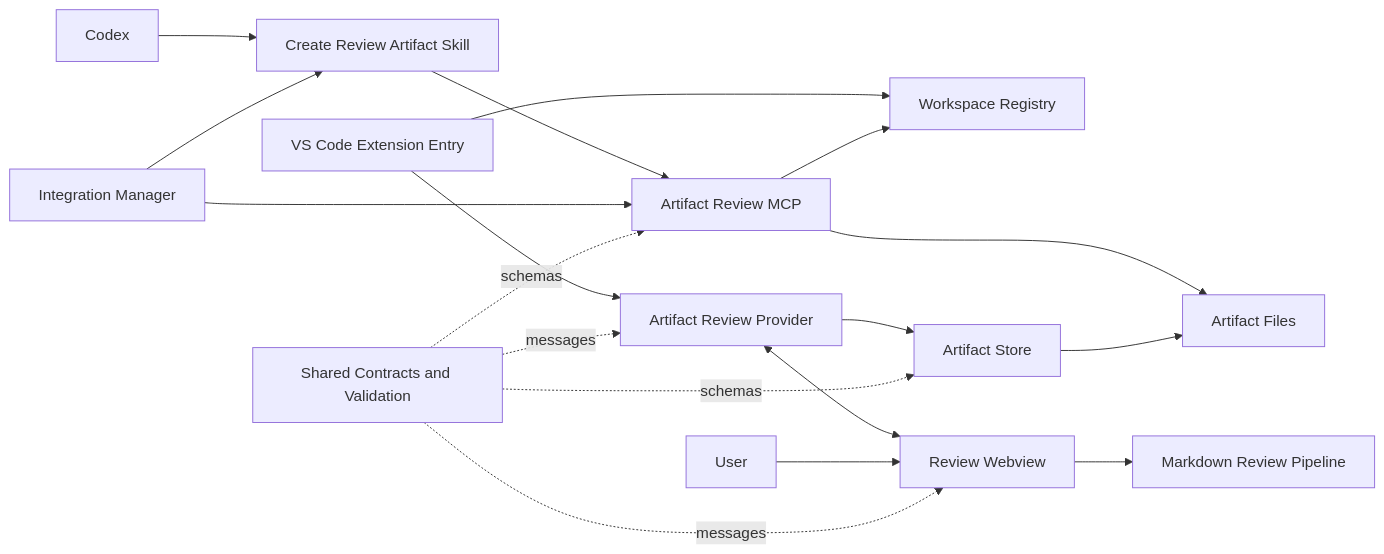
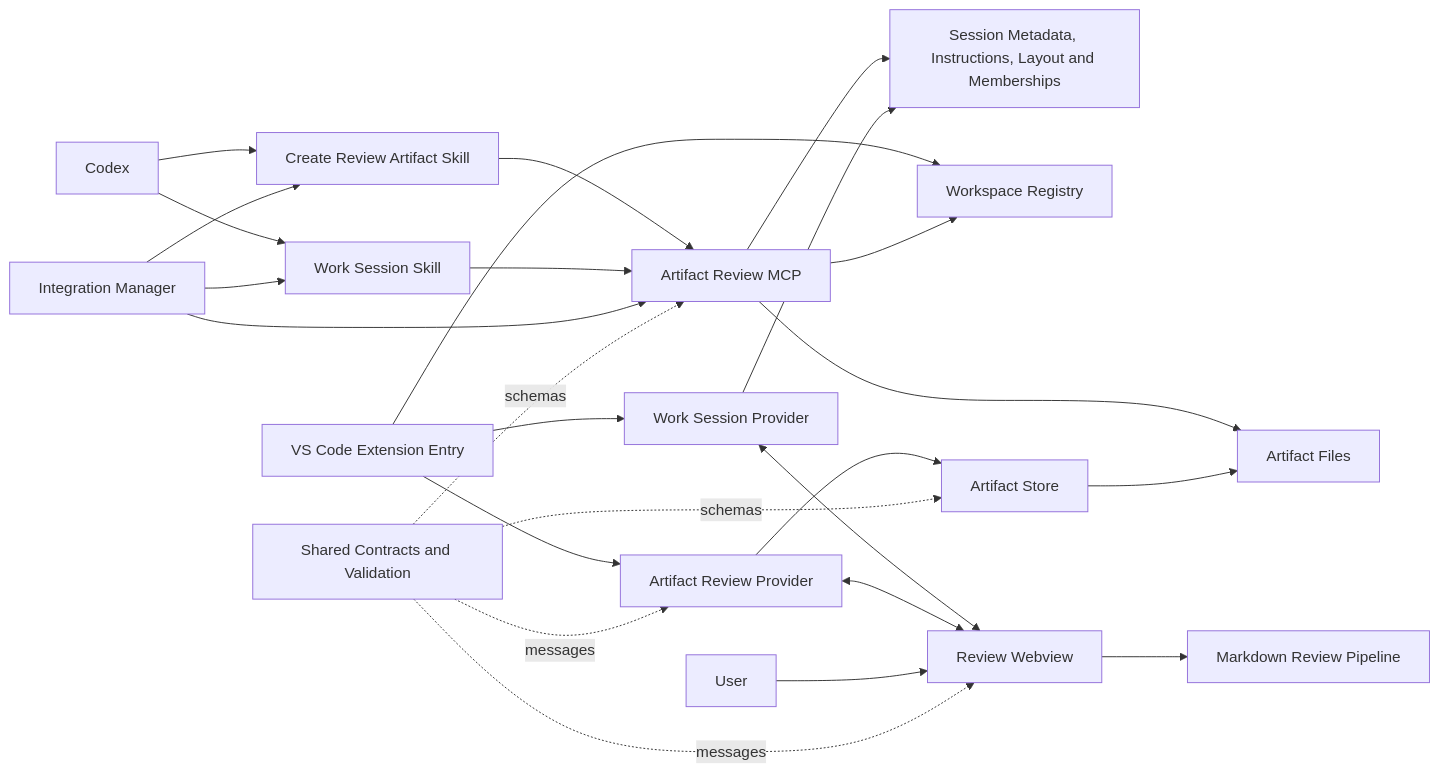
The diagram in docs/COMPONENTS.md (huynguyen294/ai-artifacts), drawn with Mermaid before and after one commit. The commit also changed other lines of this file and 44 other files, not shown here.

Commit message:
feat(work-session): implement phase 5 stages 1-2 persistence, deletion, sidebar management & archive retention

````diff
--- a/docs/COMPONENTS.md
+++ b/docs/COMPONENTS.md
@@ -13,35 +13,45 @@
 ```mermaid
 flowchart LR
     User[User]
     Codex[Codex]
     Skill[Create Review Artifact Skill]
+    SessionSkill[Work Session Skill]
+    SessionProvider[Work Session Provider]
+    SessionFiles[Session Metadata, Instructions, Layout and Memberships]
     MCP[Artifact Review MCP]
     Registry[Workspace Registry]
     Files[Artifact Files]
     Extension[VS Code Extension Entry]
     Provider[Artifact Review Provider]
     Store[Artifact Store]
     Webview[Review Webview]
     Markdown[Markdown Review Pipeline]
     Installer[Integration Manager]
     Shared[Shared Contracts and Validation]
 
     Codex --> Skill
     Skill --> MCP
+    Codex --> SessionSkill
+    SessionSkill --> MCP
+    MCP --> SessionFiles
+    Extension --> SessionProvider
+    SessionProvider <--> Webview
+    SessionProvider --> SessionFiles
     Extension --> Registry
     MCP --> Registry
     MCP --> Files
     Extension --> Provider
     Provider --> Store
     Store --> Files
     Provider <--> Webview
     Webview --> Markdown
     User --> Webview
     Installer --> Skill
+    Installer --> SessionSkill
     Installer --> MCP
 
     Shared -. schemas .-> MCP
     Shared -. schemas .-> Store
     Shared -. messages .-> Provider
     Shared -. messages .-> Webview
 ```
````
